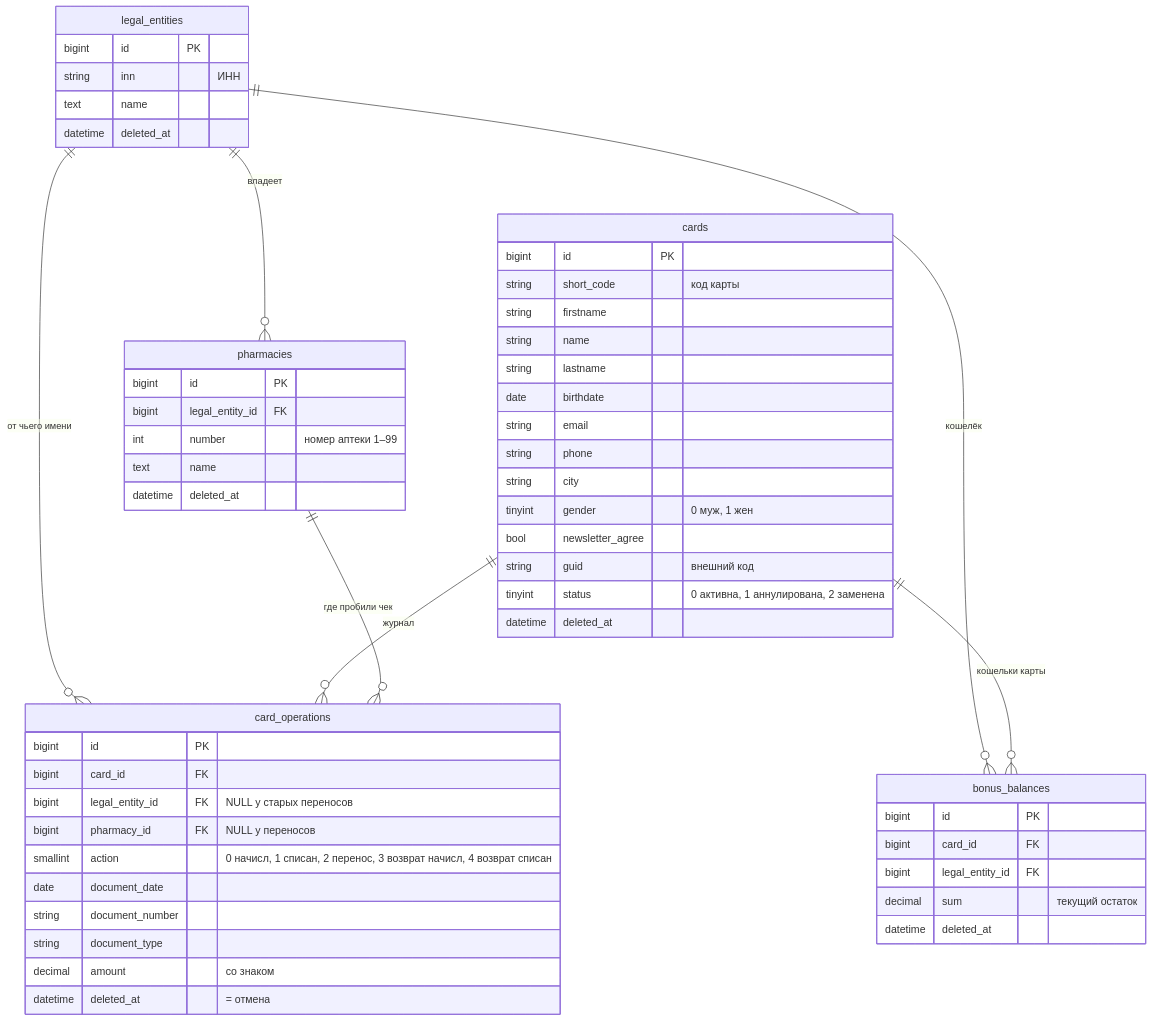
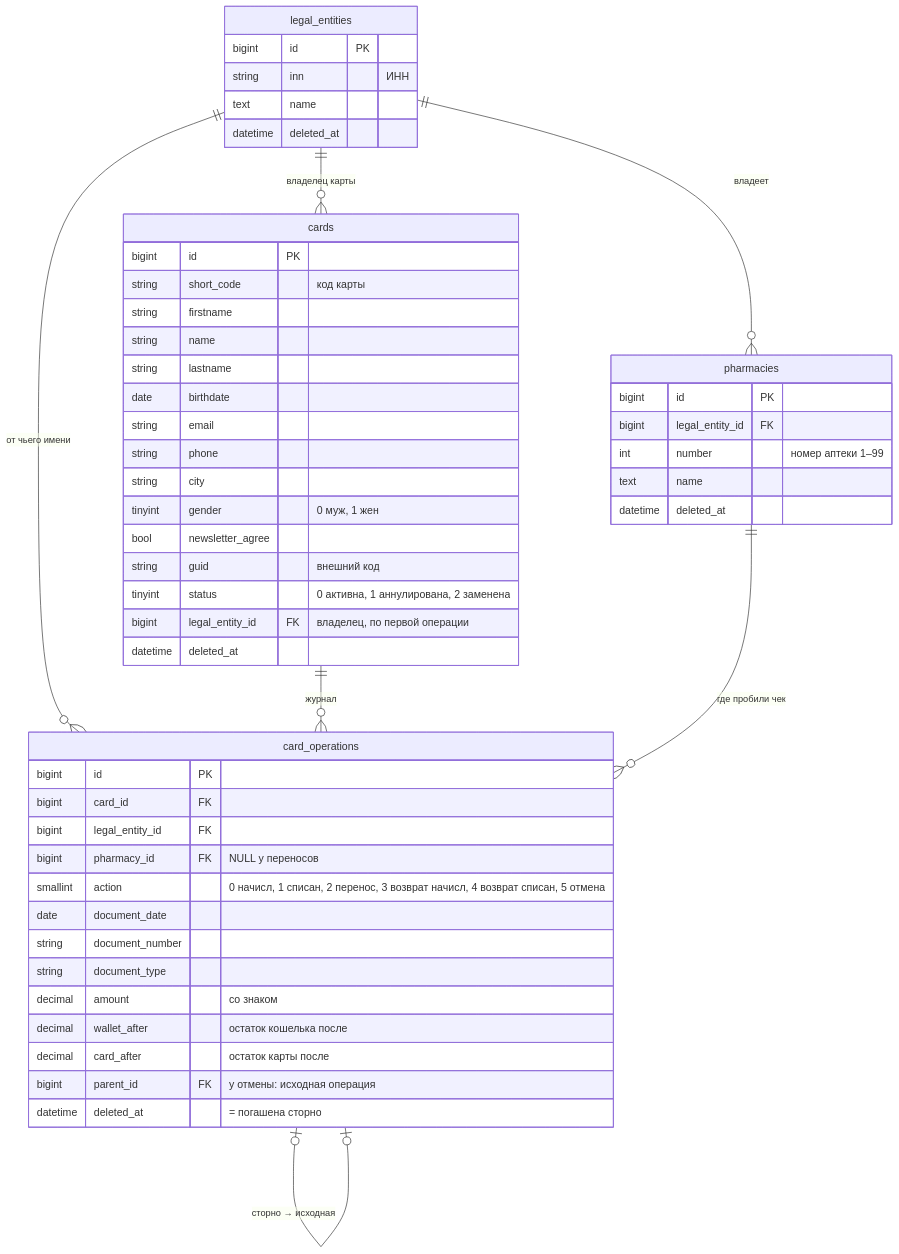
One commit to maltcevrg/apteka_api changed the first of 2 diagrams in docs/15-shema-bazy-dannyh.md. Above: the diagram before and after it, drawn with Mermaid. The commit also changed other lines of this file and 7 other files, not shown here.

````diff
--- a/docs/15-shema-bazy-dannyh.md
+++ b/docs/15-shema-bazy-dannyh.md
@@ -7,60 +7,57 @@
 ```mermaid
 erDiagram
     legal_entities ||--o{ pharmacies : "владеет"
-    legal_entities ||--o{ bonus_balances : "кошелёк"
     legal_entities ||--o{ card_operations : "от чьего имени"
 
-    cards ||--o{ bonus_balances : "кошельки карты"
+    legal_entities ||--o{ cards : "владелец карты"
+    card_operations |o--o| card_operations : "сторно → исходная"
     cards ||--o{ card_operations : "журнал"
 
     pharmacies ||--o{ card_operations : "где пробили чек"
 
     legal_entities {
         bigint id PK
         string inn "ИНН"
         text name
         datetime deleted_at
     }
     pharmacies {
         bigint id PK
         bigint legal_entity_id FK
         int number "номер аптеки 1–99"
         text name
         datetime deleted_at
     }
     cards {
         bigint id PK
         string short_code "код карты"
         string firstname
         string name
         string lastname
         date birthdate
         string email
         string phone
         string city
         tinyint gender "0 муж, 1 жен"
         bool newsletter_agree
         string guid "внешний код"
         tinyint status "0 активна, 1 аннулирована, 2 заменена"
-        datetime deleted_at
-    }
-    bonus_balances {
-        bigint id PK
-        bigint card_id FK
-        bigint legal_entity_id FK
-        decimal sum "текущий остаток"
+        bigint legal_entity_id FK "владелец, по первой операции"
         datetime deleted_at
     }
     card_operations {
         bigint id PK
         bigint card_id FK
-        bigint legal_entity_id FK "NULL у старых переносов"
+        bigint legal_entity_id FK
         bigint pharmacy_id FK "NULL у переносов"
-        smallint action "0 начисл, 1 списан, 2 перенос, 3 возврат начисл, 4 возврат списан"
+        smallint action "0 начисл, 1 списан, 2 перенос, 3 возврат начисл, 4 возврат списан, 5 отмена"
         date document_date
         string document_number
         string document_type
         decimal amount "со знаком"
-        datetime deleted_at "= отмена"
+        decimal wallet_after "остаток кошелька после"
+        decimal card_after "остаток карты после"
+        bigint parent_id FK "у отмены: исходная операция"
+        datetime deleted_at "= погашена сторно"
     }
 ```
````
